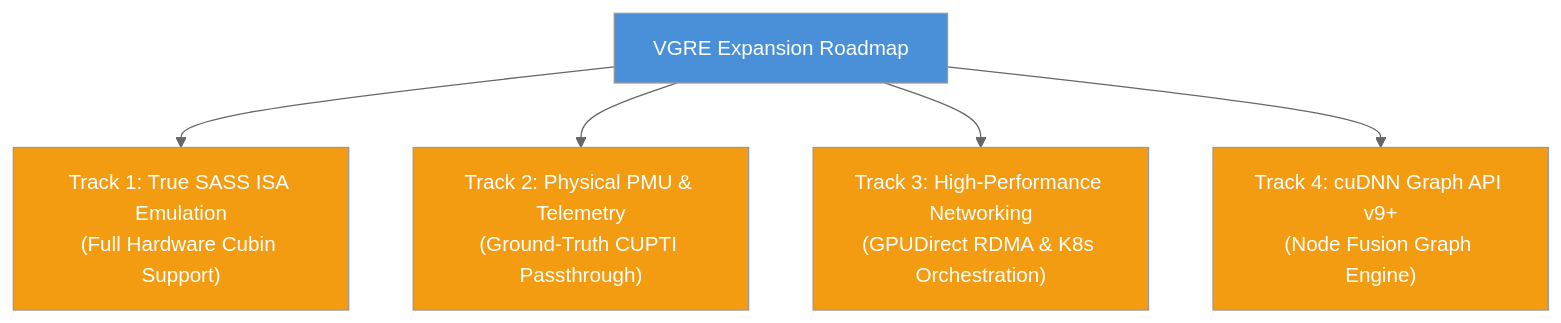
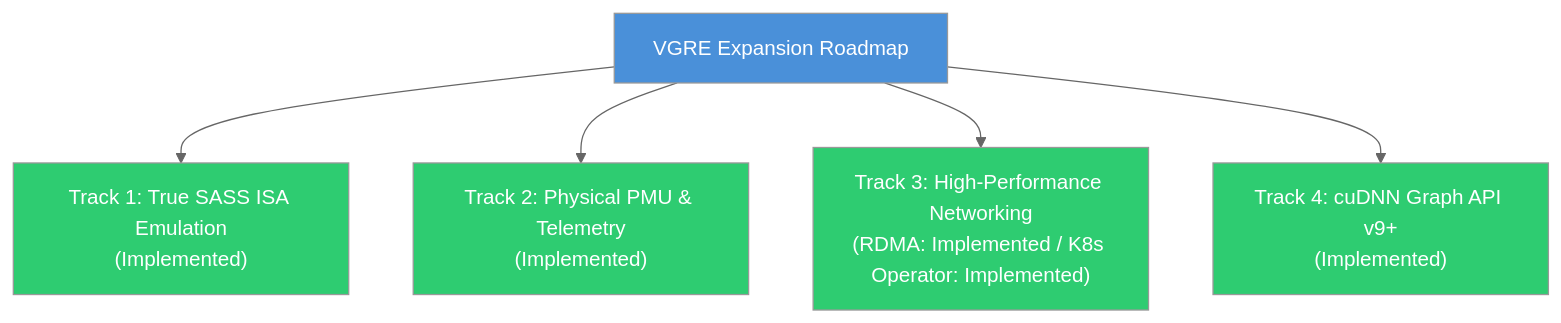
One commit to etienne0114/vgre changed the first of 2 diagrams in docs/implementationPlan.md. Above: the diagram before and after it, drawn with Mermaid (neutral theme). The commit also changed other lines of this file and 48 other files, not shown here.

````diff
--- a/docs/implementationPlan.md
+++ b/docs/implementationPlan.md
@@ -15,13 +15,13 @@
 ```mermaid
 graph TD
-    A["VGRE Expansion Roadmap"] --> B["Track 1: True SASS ISA Emulation\n(Full Hardware Cubin Support)"]
-    A --> C["Track 2: Physical PMU & Telemetry\n(Ground-Truth CUPTI Passthrough)"]
-    A --> D["Track 3: High-Performance Networking\n(GPUDirect RDMA & K8s Orchestration)"]
-    A --> E["Track 4: cuDNN Graph API v9+\n(Node Fusion Graph Engine)"]
+    A["VGRE Expansion Roadmap"] --> B["Track 1: True SASS ISA Emulation\n(Implemented)"]
+    A --> C["Track 2: Physical PMU & Telemetry\n(Implemented)"]
+    A --> D["Track 3: High-Performance Networking\n(RDMA: Implemented / K8s Operator: Implemented)"]
+    A --> E["Track 4: cuDNN Graph API v9+\n(Implemented)"]
 
     style A fill:#4a90d9,color:#fff
-    style B fill:#f39c12,color:#fff
-    style C fill:#f39c12,color:#fff
-    style D fill:#f39c12,color:#fff
-    style E fill:#f39c12,color:#fff
+    style B fill:#2ecc71,color:#fff
+    style C fill:#2ecc71,color:#fff
+    style D fill:#2ecc71,color:#fff
+    style E fill:#2ecc71,color:#fff
 ```
````
